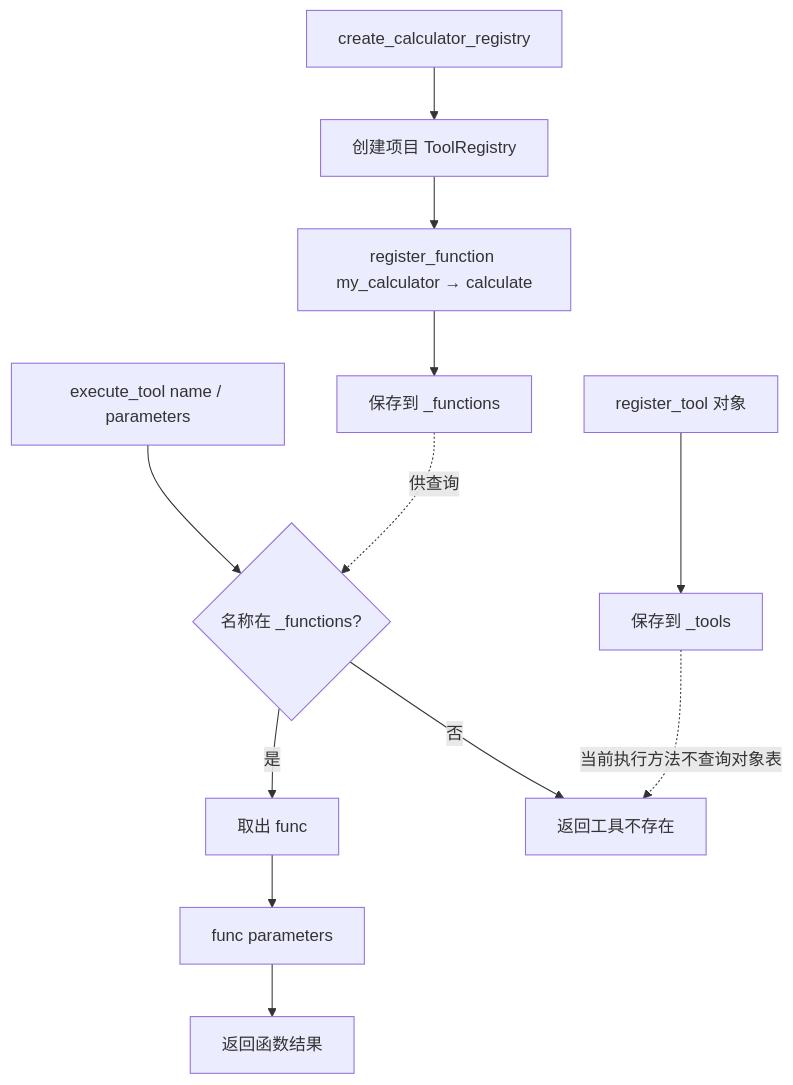
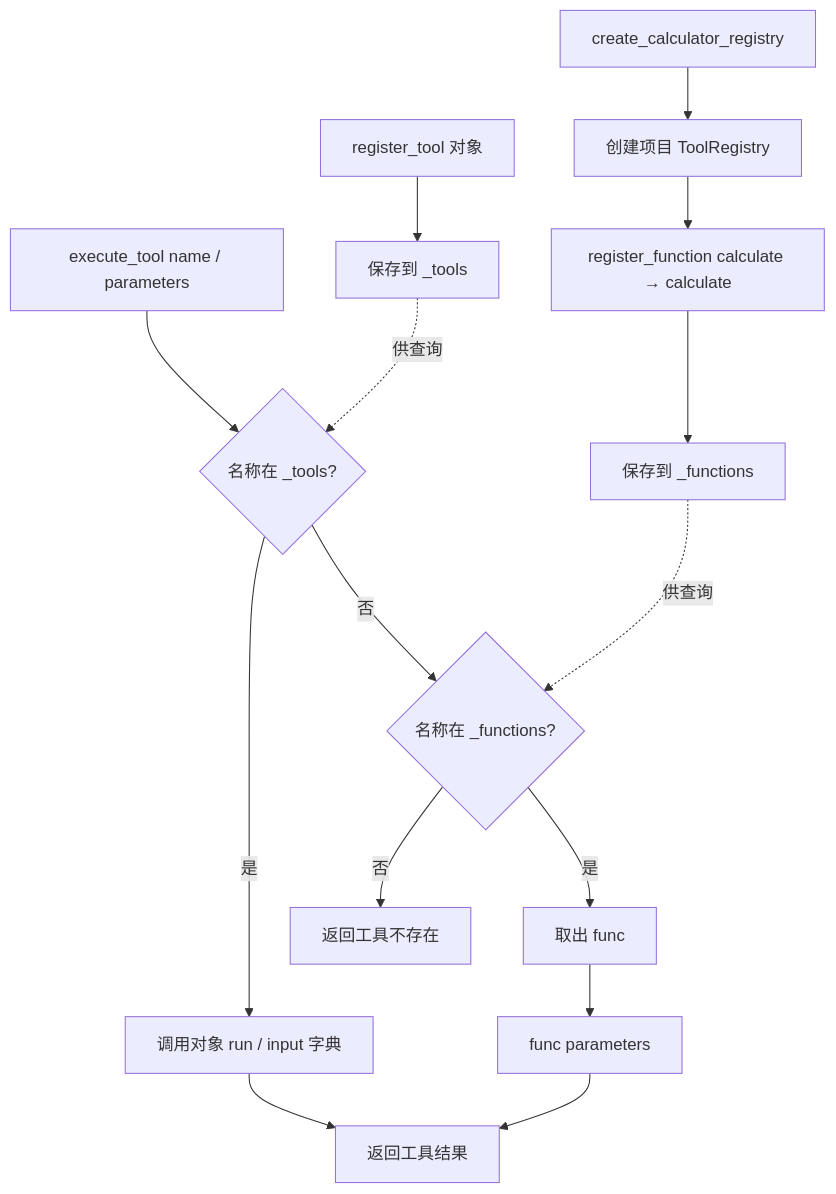
One commit to SWAlbert-0/agent-practice changed the seventh of 11 diagrams in docs/flows/核心代码流程.md. Above: the diagram before and after it, drawn with Mermaid. The commit also changed other lines of this file and 40 other files, not shown here.

````diff
--- a/docs/flows/核心代码流程.md
+++ b/docs/flows/核心代码流程.md
@@ -171,14 +173,17 @@
 ```mermaid
 flowchart TD
     A[create_calculator_registry] --> B[创建项目 ToolRegistry]
-    B --> C[register_function my_calculator → calculate]
+    B --> C[register_function calculate → calculate]
     C --> D[保存到 _functions]
     E[register_tool 对象] --> F[保存到 _tools]
-    G[execute_tool name / parameters] --> H{名称在 _functions?}
+    G[execute_tool name / parameters] --> P{名称在 _tools?}
+    P -->|是| Q[调用对象 run / input 字典]
+    Q --> K[返回工具结果]
+    P -->|否| H{名称在 _functions?}
     H -->|是| I[取出 func]
     I --> J[func parameters]
-    J --> K[返回函数结果]
+    J --> K
     H -->|否| L[返回工具不存在]
     D -.供查询.-> H
-    F -.当前执行方法不查询对象表.-> L
+    F -.供查询.-> P
 ```
````
